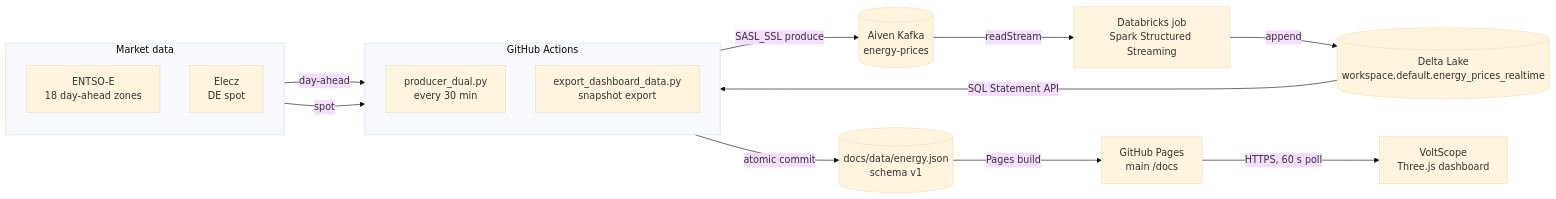
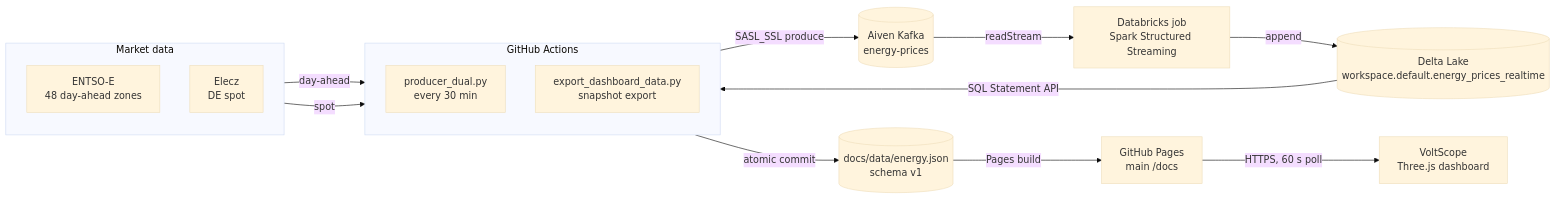
One commit to mdsarfarazalam840/Energy-realtime changed the first of 3 diagrams in README.md. Above: the diagram before and after it, drawn with Mermaid (base theme). The commit also changed other lines of this file and 9 other files, not shown here.

First line of the commit message:
feat: expand ENTSO-E to 48 zones with per-zone dashboard lanes

````diff
--- a/README.md
+++ b/README.md
@@ -131,31 +131,31 @@
 ```mermaid
 flowchart LR
   subgraph Sources["Market data"]
     direction TB
-    E["ENTSO-E<br/>18 day-ahead zones"]
+    E["ENTSO-E<br/>48 day-ahead zones"]
     Z["Elecz<br/>DE spot"]
   end
 
   subgraph CICD["GitHub Actions"]
     direction TB
     P["producer_dual.py<br/>every 30 min"]
     X["export_dashboard_data.py<br/>snapshot export"]
   end
 
   K[("Aiven Kafka<br/>energy-prices")]
   D["Databricks job<br/>Spark Structured Streaming"]
   T[("Delta Lake<br/>workspace.default.energy_prices_realtime")]
   S[("docs/data/energy.json<br/>schema v1")]
   PAGES["GitHub Pages<br/>main /docs"]
   UI["VoltScope<br/>Three.js dashboard"]
 
   E -->|"day-ahead"| P
   Z -->|"spot"| P
   P -->|"SASL_SSL produce"| K
   K -->|"readStream"| D
   D -->|"append"| T
   T -->|"SQL Statement API"| X
   X -->|"atomic commit"| S
   S -->|"Pages build"| PAGES
   PAGES -->|"HTTPS, 60 s poll"| UI
 ```
````
